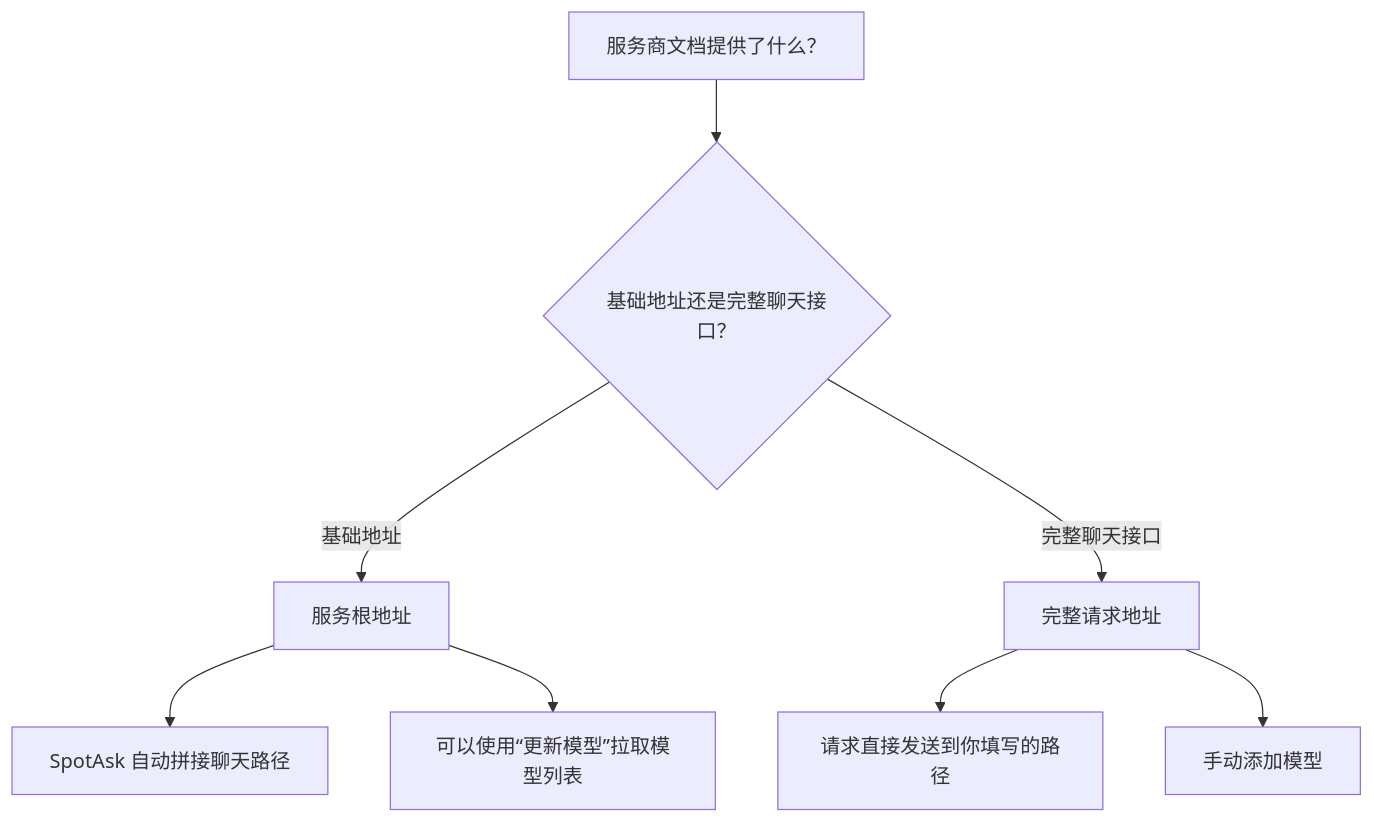
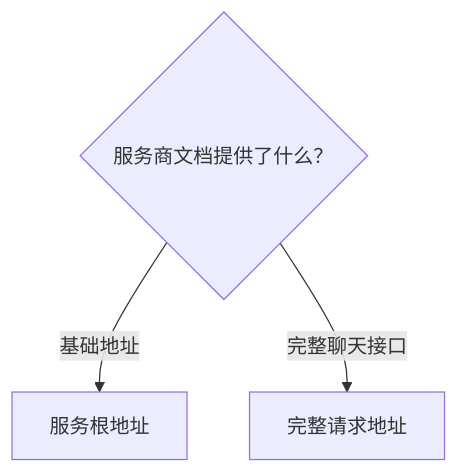
Before and after one commit to shiquda/SpotAsk: the diagram in docs/site/zh-CN/guides/service-addresses.md, drawn with Mermaid. The commit also changed other lines of this file and 14 other files, not shown here.

First line of the commit message:
fix(docs): render mermaid labels as SVG text and style nodes by type (#39)

````diff
--- a/docs/site/zh-CN/guides/service-addresses.md
+++ b/docs/site/zh-CN/guides/service-addresses.md
@@ -36,10 +36,8 @@
-```mermaid 地址类型判断：服务商给的是基础地址还是完整接口
+```mermaid 地址类型：除非服务商给了完整接口，否则用服务根地址
 flowchart TD
-  A[服务商文档提供了什么？] --> B{基础地址还是完整聊天接口？}
-  B -->|基础地址| C[服务根地址]
-  B -->|完整聊天接口| D[完整请求地址]
-  C --> E[SpotAsk 自动拼接聊天路径]
-  C --> F[可以使用“更新模型”拉取模型列表]
-  D --> G[请求直接发送到你填写的路径]
-  D --> H[手动添加模型]
+  A{服务商文档提供了什么？}
+  A -->|基础地址| B[服务根地址]
+  A -->|完整聊天接口| C[完整请求地址]
+  class A entry
+  class B,C outcome
 ```
````
